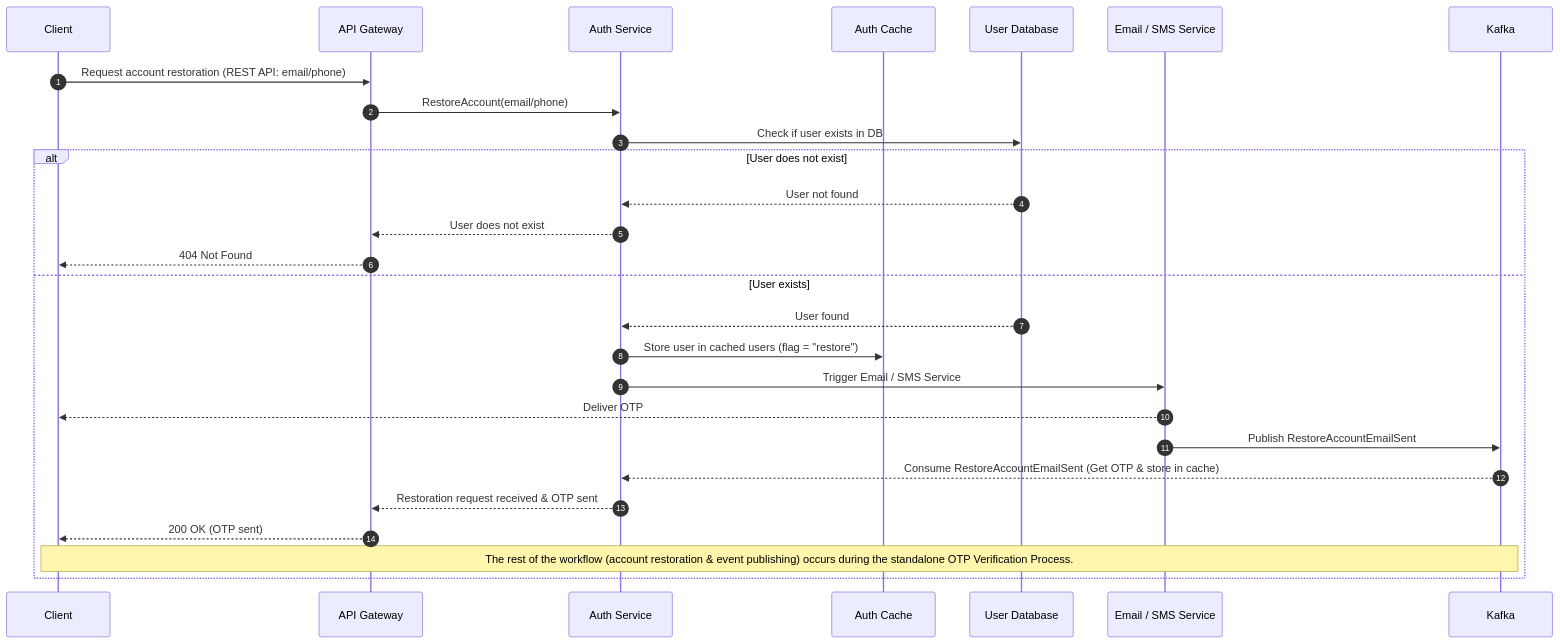
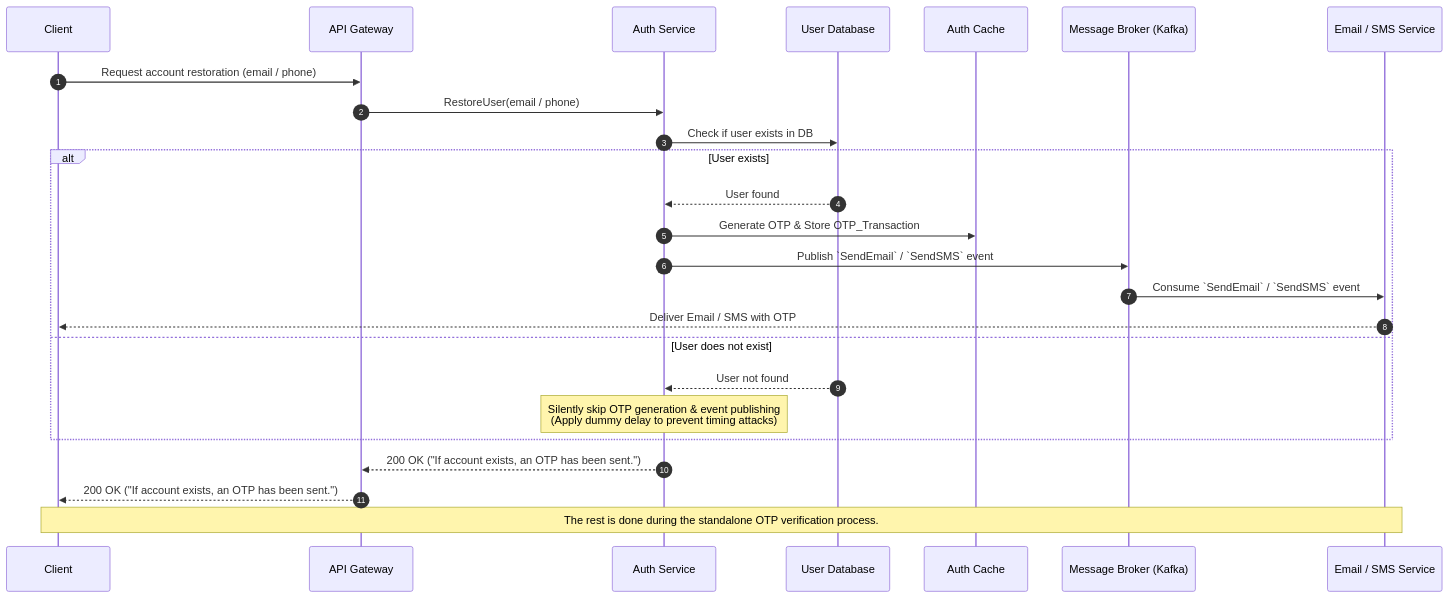
The diagram in docs/workflows/user flows/restore_user.md (TheAmgadX/moltaqa-backend), drawn with Mermaid before and after one commit. The commit also changed 13 other files, not shown here.

Commit message:
update(user-service): update the grpc apis, the sequence diagrams and the user-service to follow the new update in the system design and the flow of the user creation process.

````diff
--- a/docs/workflows/user flows/restore_user.md
+++ b/docs/workflows/user flows/restore_user.md
@@ -3,39 +3,44 @@
 ```mermaid
 sequenceDiagram
     autonumber
 
     participant Client
     participant Gateway as API Gateway
     participant Auth as Auth Service
+    participant UserDB as User Database
     participant AuthCache as Auth Cache
-    participant UserDB as User Database
+    participant Kafka as Message Broker (Kafka)
     participant EmailSMS as Email / SMS Service
-    participant Kafka
 
-    %% --- RESTORE USER INITIAL REQUEST ---
-    Client->>Gateway: Request account restoration (REST API: email/phone)
-    Gateway->>Auth: RestoreAccount(email/phone)
+    %% --- RESTORE USER REQUEST ---
+    Client->>Gateway: Request account restoration (email / phone)
+    Gateway->>Auth: RestoreUser(email / phone)
 
     Auth->>UserDB: Check if user exists in DB
 
-    alt User does not exist
-        UserDB-->>Auth: User not found
-        Auth-->>Gateway: User does not exist
-        Gateway-->>Client: 404 Not Found
-    else User exists
+    alt User exists
         UserDB-->>Auth: User found
 
-        Auth->>AuthCache: Store user in cached users (flag = "restore")
+        %% 1. Generate & Store OTP
+        Auth->>AuthCache: Generate OTP & Store OTP_Transaction
 
-        Auth->>EmailSMS: Trigger Email / SMS Service
-        EmailSMS-->>Client: Deliver OTP
+        %% 2. Asynchronously Publish Event
+        Auth->>Kafka: Publish `SendEmail` / `SendSMS` event
 
-        EmailSMS->>Kafka: Publish RestoreAccountEmailSent
-        Kafka-->>Auth: Consume RestoreAccountEmailSent (Get OTP & store in cache)
+        %% 3. Consumer handles delivery
+        Kafka->>EmailSMS: Consume `SendEmail` / `SendSMS` event
+        EmailSMS-->>Client: Deliver Email / SMS with OTP
 
-        Auth-->>Gateway: Restoration request received & OTP sent
-        Gateway-->>Client: 200 OK (OTP sent)
+    else User does not exist
+        UserDB-->>Auth: User not found
 
-        Note over Client, Kafka: The rest of the workflow (account restoration & event publishing) occurs during the standalone OTP Verification Process.
+        %% Security: Do not reveal account status
+        Note over Auth: Silently skip OTP generation & event publishing<br/>(Apply dummy delay to prevent timing attacks)
     end
+
+    %% Unified Secure Response
+    Auth-->>Gateway: 200 OK ("If account exists, an OTP has been sent.")
+    Gateway-->>Client: 200 OK ("If account exists, an OTP has been sent.")
+
+    Note over Client, EmailSMS: The rest is done during the standalone OTP verification process.
 ```
````
